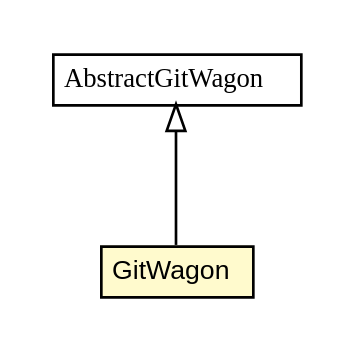
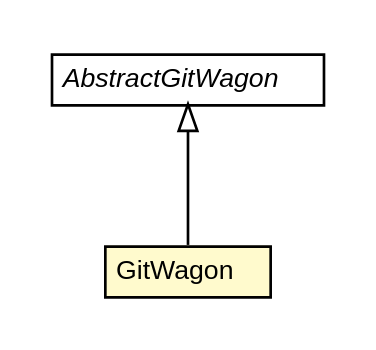
Before and after one commit to trajano/wagon-git: the diagram in apidocs/net/trajano/wagon/git/GitWagon.dot, drawn with Graphviz. The commit also changed 117 other files, not shown here.

Commit message:
wagon-git commit

```diff
--- a/apidocs/net/trajano/wagon/git/GitWagon.dot
+++ b/apidocs/net/trajano/wagon/git/GitWagon.dot
@@ -1,26 +1,26 @@
 #!/usr/local/bin/dot
 #
 # Class diagram 
 # Generated by UMLGraph version R5_6-24-gf6e263 (http://www.umlgraph.org/)
 #
 
 digraph G {
-	edge [fontname="arial",fontsize=10,labelfontname="arial",labelfontsize=10];
-	node [fontname="arial",fontsize=10,shape=plaintext];
+	edge [fontname="Helvetica",fontsize=10,labelfontname="Helvetica",labelfontsize=10];
+	node [fontname="Helvetica",fontsize=10,shape=plaintext];
 	nodesep=0.25;
 	ranksep=0.5;
 	// net.trajano.wagon.git.GitWagon
 	c35 [label=<<table title="net.trajano.wagon.git.GitWagon" border="0" cellborder="1" cellspacing="0" cellpadding="2" port="p" bgcolor="lemonChiffon" href="./GitWagon.html">
 		<tr><td><table border="0" cellspacing="0" cellpadding="1">
 <tr><td align="center" balign="center"> GitWagon </td></tr>
 		</table></td></tr>
-		</table>>, URL="./GitWagon.html", fontname="arial", fontcolor="black", fontsize=10.0];
+		</table>>, URL="./GitWagon.html", fontname="Helvetica", fontcolor="black", fontsize=10.0];
 	// net.trajano.wagon.git.internal.AbstractGitWagon
-	c39 [label=<<table title="net.trajano.wagon.git.internal.AbstractGitWagon" border="0" cellborder="1" cellspacing="0" cellpadding="2" port="p" href="./internal/AbstractGitWagon.html">
+	c38 [label=<<table title="net.trajano.wagon.git.internal.AbstractGitWagon" border="0" cellborder="1" cellspacing="0" cellpadding="2" port="p" href="./internal/AbstractGitWagon.html">
 		<tr><td><table border="0" cellspacing="0" cellpadding="1">
-<tr><td align="center" balign="center"><font face="arial italic"> AbstractGitWagon </font></td></tr>
+<tr><td align="center" balign="center"><font face="Helvetica-Oblique"> AbstractGitWagon </font></td></tr>
 		</table></td></tr>
-		</table>>, URL="./internal/AbstractGitWagon.html", fontname="arial", fontcolor="black", fontsize=10.0];
+		</table>>, URL="./internal/AbstractGitWagon.html", fontname="Helvetica", fontcolor="black", fontsize=10.0];
 	//net.trajano.wagon.git.GitWagon extends net.trajano.wagon.git.internal.AbstractGitWagon
-	c39:p -> c35:p [dir=back,arrowtail=empty];
+	c38:p -> c35:p [dir=back,arrowtail=empty];
 }
```
